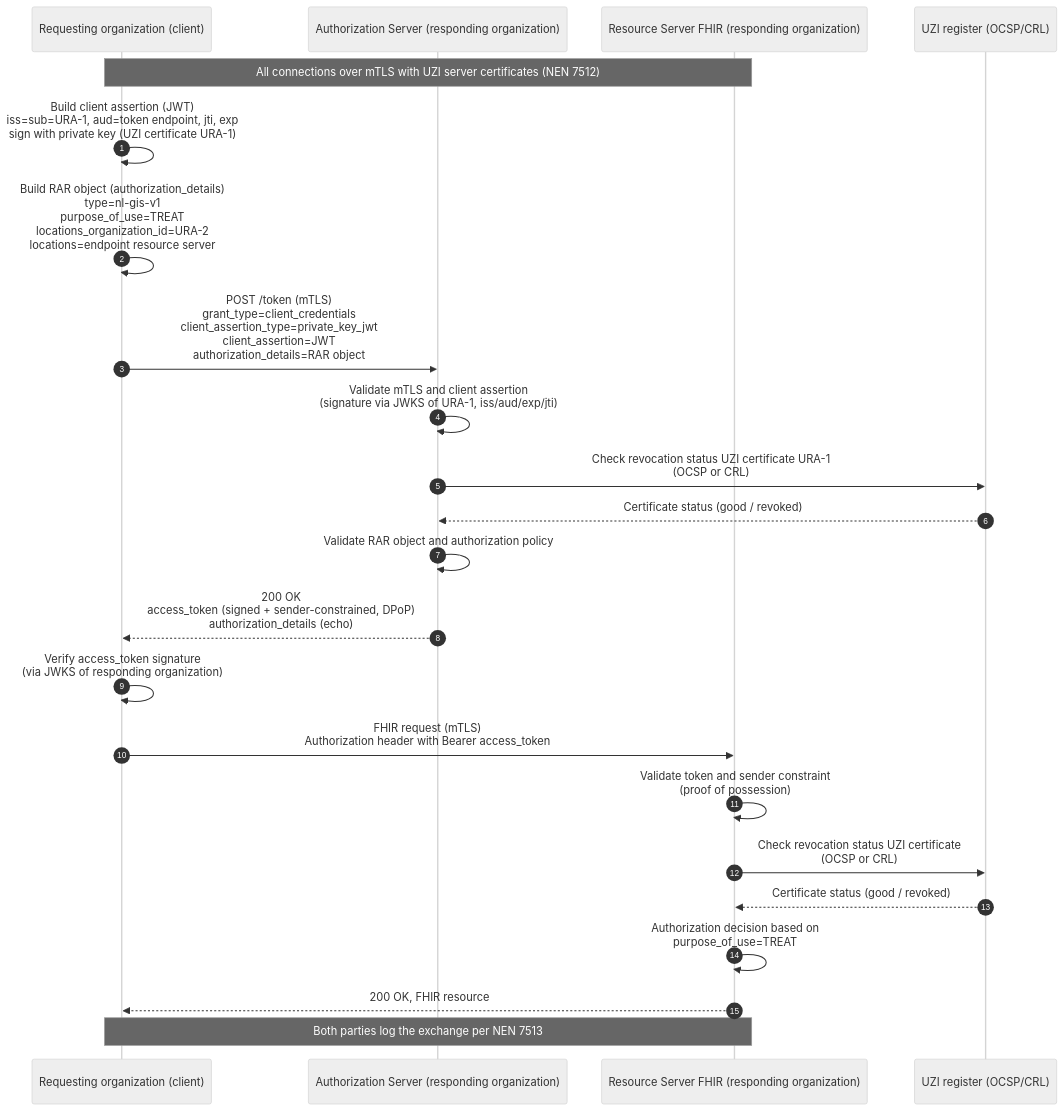
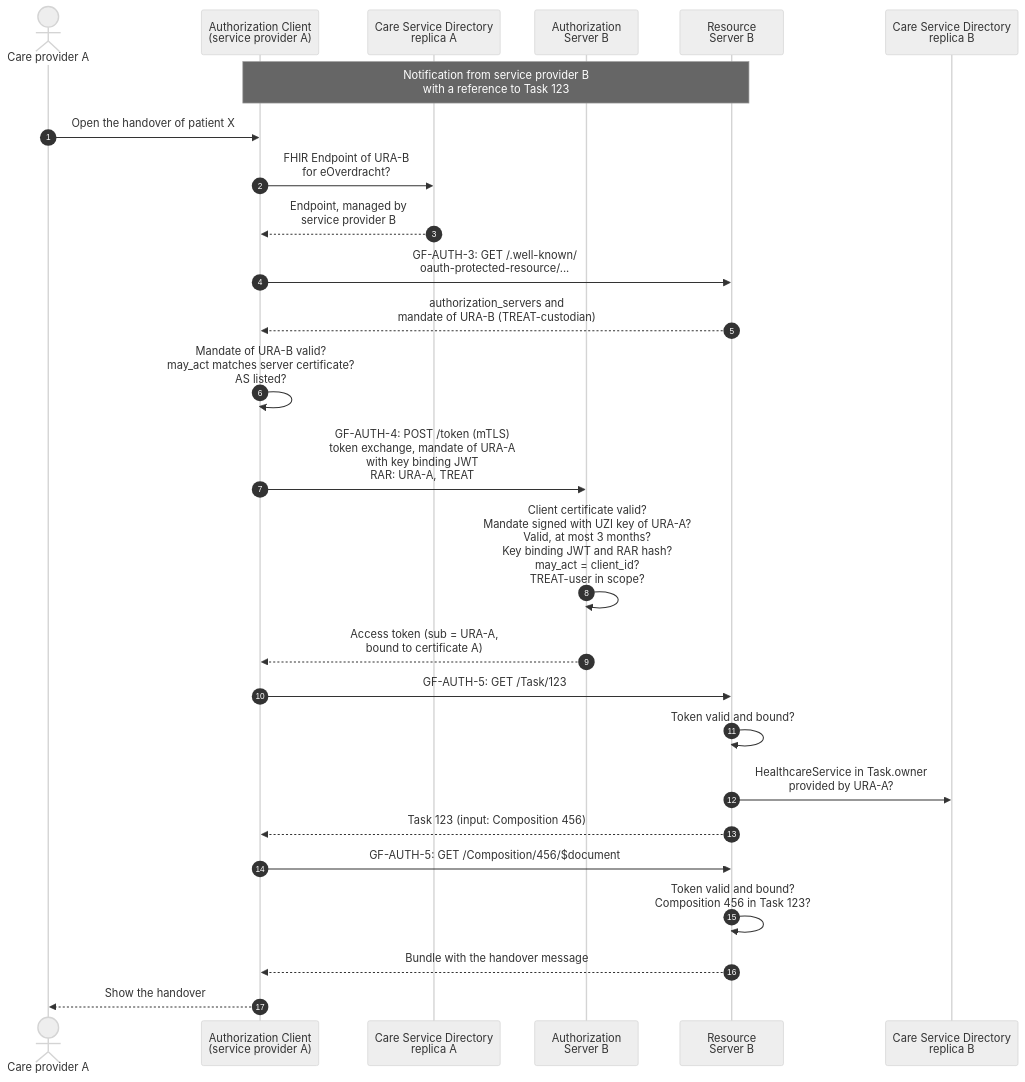
Before and after one commit to minvws/generiekefuncties-docs: the third of 3 diagrams in input/pagecontent/authentication.md, drawn with Mermaid (neutral theme). The commit also changed other lines of this file and 3 other files, not shown here.

````diff
--- a/input/pagecontent/authentication.md
+++ b/input/pagecontent/authentication.md
@@ -232,30 +495,29 @@
 ```mermaid
 sequenceDiagram
     autonumber
-    participant A as Requesting organization (client)
-    participant AS as Authorization Server (responding organization)
-    participant RS as Resource Server FHIR (responding organization)
-    participant CA as UZI register (OCSP/CRL)
+    actor CPA as Care provider A
+    participant AC as Authorization Client<br/>(service provider A)
+    participant CSDA as Care Service Directory<br/>replica A
+    participant AS as Authorization<br/>Server B
+    participant RS as Resource<br/>Server B
+    participant CSDB as Care Service Directory<br/>replica B
 
-    Note over A,RS: All connections over mTLS with UZI server certificates (NEN 7512)
-
-    A->>A: Build client assertion (JWT)<br/>iss=sub=URA-1, aud=token endpoint, jti, exp<br/>sign with private key (UZI certificate URA-1)
-    A->>A: Build RAR object (authorization_details)<br/>type=nl-gis-v1<br/>purpose_of_use=TREAT<br/>locations_organization_id=URA-2<br/>locations=endpoint resource server
-
-    A->>AS: POST /token (mTLS)<br/>grant_type=client_credentials<br/>client_assertion_type=private_key_jwt<br/>client_assertion=JWT<br/>authorization_details=RAR object
-    AS->>AS: Validate mTLS and client assertion<br/>(signature via JWKS of URA-1, iss/aud/exp/jti)
-    AS->>CA: Check revocation status UZI certificate URA-1<br/>(OCSP or CRL)
-    CA-->>AS: Certificate status (good / revoked)
-    AS->>AS: Validate RAR object and authorization policy
-    AS-->>A: 200 OK<br/>access_token (signed + sender-constrained, DPoP)<br/>authorization_details (echo)
-    A->>A: Verify access_token signature<br/>(via JWKS of responding organization)
-
-    A->>RS: FHIR request (mTLS)<br/>Authorization header with Bearer access_token
-    RS->>RS: Validate token and sender constraint<br/>(proof of possession)
-    RS->>CA: Check revocation status UZI certificate<br/>(OCSP or CRL)
-    CA-->>RS: Certificate status (good / revoked)
-    RS->>RS: Authorization decision based on<br/>purpose_of_use=TREAT
-    RS-->>A: 200 OK, FHIR resource
-
-    Note over A,RS: Both parties log the exchange per NEN 7513
+    Note over AC,RS: Notification from service provider B<br/>with a reference to Task 123
+    CPA->>AC: Open the handover of patient X
+    AC->>CSDA: FHIR Endpoint of URA-B<br/>for eOverdracht?
+    CSDA-->>AC: Endpoint, managed by<br/>service provider B
+    AC->>RS: GF-AUTH-3: GET /.well-known/<br/>oauth-protected-resource/...
+    RS-->>AC: authorization_servers and<br/>mandate of URA-B (TREAT-custodian)
+    AC->>AC: Mandate of URA-B valid?<br/>may_act matches server certificate?<br/>AS listed?
+    AC->>AS: GF-AUTH-4: POST /token (mTLS)<br/>token exchange, mandate of URA-A<br/>with key binding JWT<br/>RAR: URA-A, TREAT
+    AS->>AS: Client certificate valid?<br/>Mandate signed with UZI key of URA-A?<br/>Valid, at most 3 months?<br/>Key binding JWT and RAR hash?<br/>may_act = client_id?<br/>TREAT-user in scope?
+    AS-->>AC: Access token (sub = URA-A,<br/>bound to certificate A)
+    AC->>RS: GF-AUTH-5: GET /Task/123
+    RS->>RS: Token valid and bound?
+    RS->>CSDB: HealthcareService in Task.owner<br/>provided by URA-A?
+    RS-->>AC: Task 123 (input: Composition 456)
+    AC->>RS: GF-AUTH-5: GET /Composition/456/$document
+    RS->>RS: Token valid and bound?<br/>Composition 456 in Task 123?
+    RS-->>AC: Bundle with the handover message
+    AC-->>CPA: Show the handover
 ```
````
